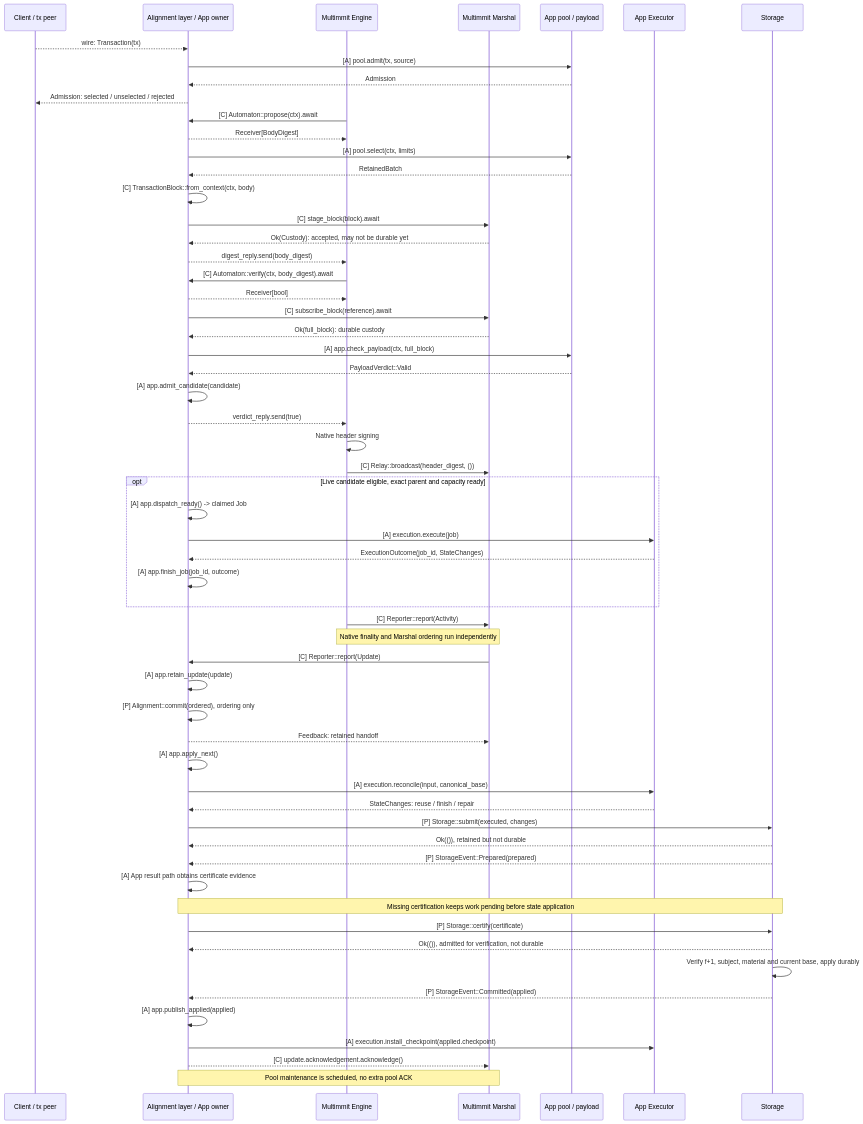
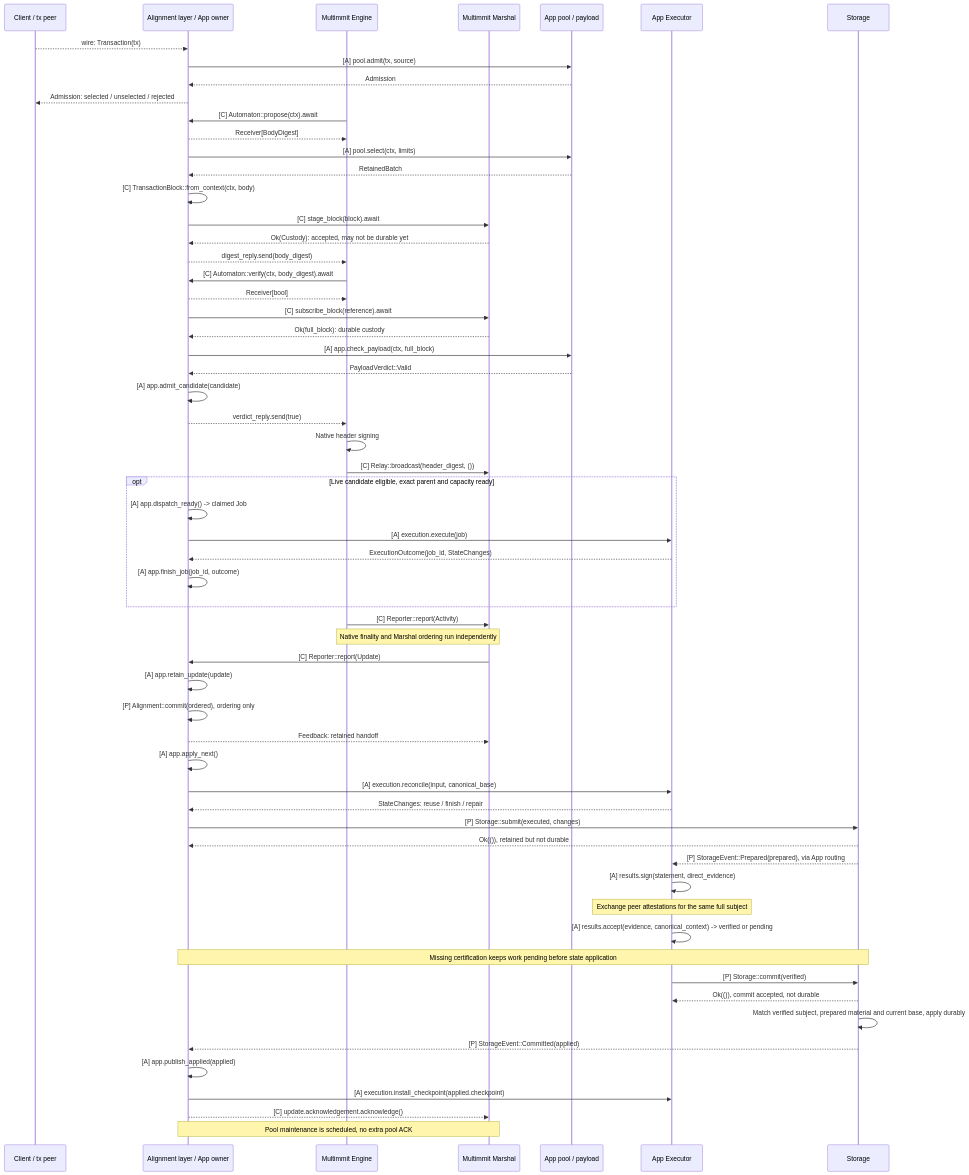
Before and after one commit to djm07073/baton: the diagram in docs/assets/diagrams/diagram-02.mmd, drawn with Mermaid. The commit also changed 175 other files, not shown here.

Commit message:
docs: visualize Baton flows and clarify executor certification

```diff
--- a/docs/assets/diagrams/diagram-02.mmd
+++ b/docs/assets/diagrams/diagram-02.mmd
@@ -1,59 +1,61 @@
 sequenceDiagram
     participant C as Client / tx peer
     participant A as Alignment layer / App owner
     participant N as Multimmit Engine
     participant M as Multimmit Marshal
     participant P as App pool / payload
     participant E as App Executor
     participant S as Storage
     C-->>A: wire: Transaction(tx)
     A->>P: [A] pool.admit(tx, source)
     P-->>A: Admission
     A-->>C: Admission: selected / unselected / rejected
     N->>A: [C] Automaton::propose(ctx).await
     A-->>N: Receiver[BodyDigest]
     A->>P: [A] pool.select(ctx, limits)
     P-->>A: RetainedBatch
     A->>A: [C] TransactionBlock::from_context(ctx, body)
     A->>M: [C] stage_block(block).await
     M-->>A: Ok(Custody): accepted, may not be durable yet
     A-->>N: digest_reply.send(body_digest)
     N->>A: [C] Automaton::verify(ctx, body_digest).await
     A-->>N: Receiver[bool]
     A->>M: [C] subscribe_block(reference).await
     M-->>A: Ok(full_block): durable custody
     A->>P: [A] app.check_payload(ctx, full_block)
     P-->>A: PayloadVerdict::Valid
     A->>A: [A] app.admit_candidate(candidate)
     A-->>N: verdict_reply.send(true)
     N->>N: Native header signing
     N->>M: [C] Relay::broadcast(header_digest, ())
     opt Live candidate eligible, exact parent and capacity ready
         A->>A: [A] app.dispatch_ready() -> claimed Job
         A->>E: [A] execution.execute(job)
         E-->>A: ExecutionOutcome(job_id, StateChanges)
         A->>A: [A] app.finish_job(job_id, outcome)
     end
     N->>M: [C] Reporter::report(Activity)
     Note over N,M: Native finality and Marshal ordering run independently
     M->>A: [C] Reporter::report(Update)
     A->>A: [A] app.retain_update(update)
     A->>A: [P] Alignment::commit(ordered), ordering only
     A-->>M: Feedback: retained handoff
     A->>A: [A] app.apply_next()
     A->>E: [A] execution.reconcile(input, canonical_base)
     E-->>A: StateChanges: reuse / finish / repair
     A->>S: [P] Storage::submit(executed, changes)
     S-->>A: Ok(()), retained but not durable
-    S-->>A: [P] StorageEvent::Prepared(prepared)
-    A->>A: [A] App result path obtains certificate evidence
+    S-->>E: [P] StorageEvent::Prepared(prepared), via App routing
+    E->>E: [A] results.sign(statement, direct_evidence)
+    Note over E: Exchange peer attestations for the same full subject
+    E->>E: [A] results.accept(evidence, canonical_context) -> verified or pending
 
     Note over A,S: Missing certification keeps work pending before state application
-    A->>S: [P] Storage::certify(certificate)
-    S-->>A: Ok(()), admitted for verification, not durable
-    S->>S: Verify f+1, subject, material and current base, apply durably
+    E->>S: [P] Storage::commit(verified)
+    S-->>E: Ok(()), commit accepted, not durable
+    S->>S: Match verified subject, prepared material and current base, apply durably
     S-->>A: [P] StorageEvent::Committed(applied)
     A->>A: [A] app.publish_applied(applied)
     A->>E: [A] execution.install_checkpoint(applied.checkpoint)
     A-->>M: [C] update.acknowledgement.acknowledge()
     Note over A,M: Pool maintenance is scheduled, no extra pool ACK
```
